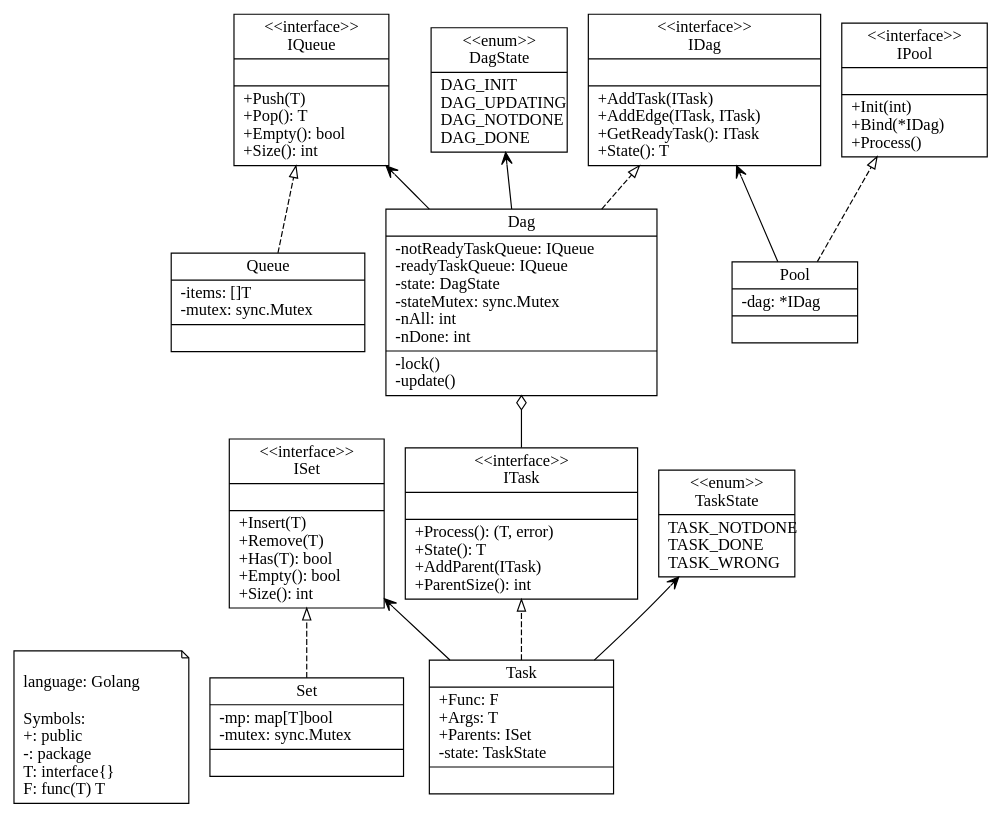
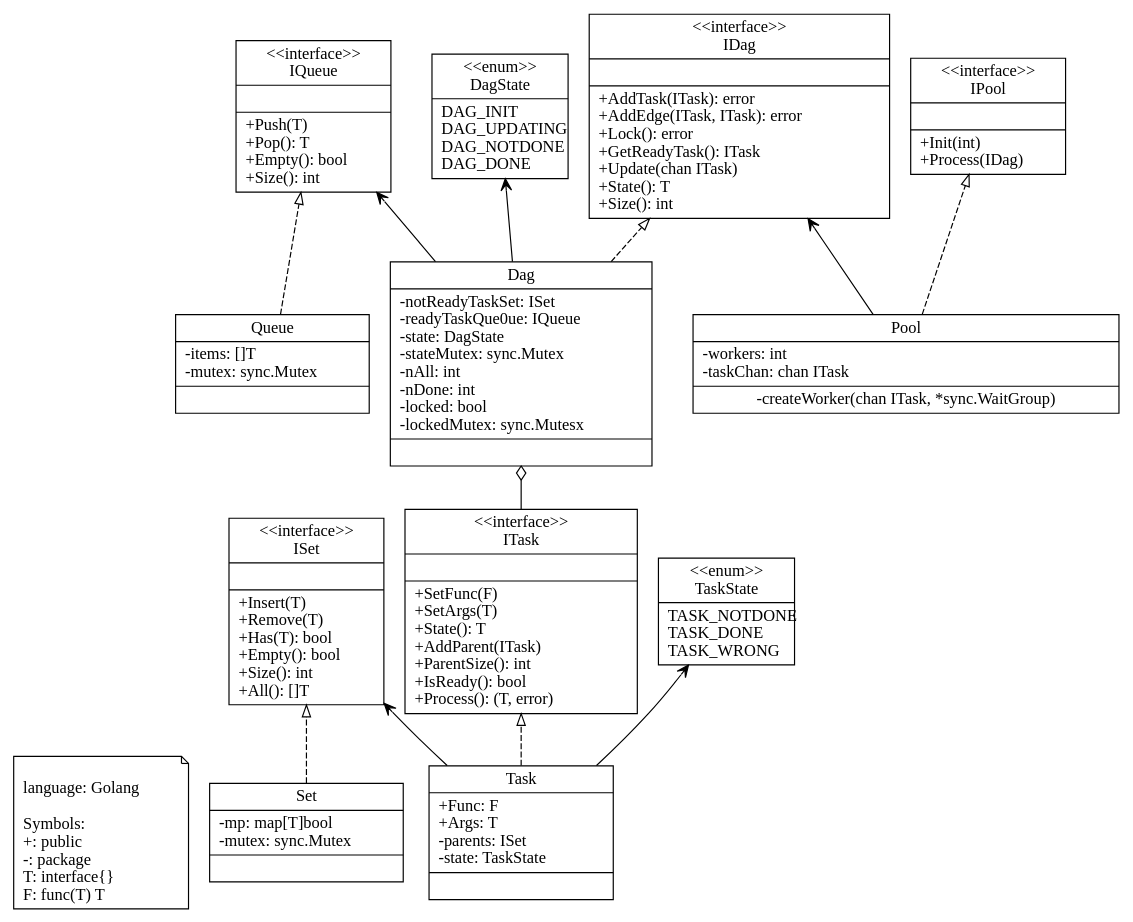
The diagram in stargo/stargo.dot (lightjameslyy/uml), drawn with Graphviz before and after one commit. The commit also changed 1 other file, not shown here.

Commit message:
update stargo class diagram, add stargo dag demo: dag1

```diff
--- a/stargo/stargo.dot
+++ b/stargo/stargo.dot
@@ -1,98 +1,98 @@
 digraph stargo {
     rankdir=BT
 
-    graph [fontname = "Consolas"];
-    node [fontname = "Consolas"];
-    edge [fontname = "Consolas"];
+    graph [fontname = "Inconsolata"];
+    node [fontname = "Inconsolata"];
+    edge [fontname = "Inconsolata"];
 
     node [
         shape = "note"
     ]
 
     note01 [
         label = "\llanguage: Golang\l\lSymbols:\l+: public\l-: package\lT: interface{}\lF: func(T) T\l"
     ]
 
     node [
         shape = "record"
     ]
 
     IQueue [
         label = "{\<\<interface\>\>\nIQueue||+Push(T)\l+Pop(): T\l+Empty(): bool\l+Size(): int\l}"
     ]
 
     ISet [
-        label = "{\<\<interface\>\>\nISet||+Insert(T)\l+Remove(T)\l+Has(T): bool\l+Empty(): bool\l+Size(): int\l}"
+        label = "{\<\<interface\>\>\nISet||+Insert(T)\l+Remove(T)\l+Has(T): bool\l+Empty(): bool\l+Size(): int\l+All(): []T\l}"
     ]
 
     ITask [
-        label = "{\<\<interface\>\>\nITask||+Process(): (T, error)\l+State(): T\l+AddParent(ITask)\l+ParentSize(): int\l}"
+        label = "{\<\<interface\>\>\nITask||+SetFunc(F)\l+SetArgs(T)\l+State(): T\l+AddParent(ITask)\l+ParentSize(): int\l+IsReady(): bool\l+Process(): (T, error)\l}"
     ]
 
     IDag [
-        label = "{\<\<interface\>\>\nIDag||+AddTask(ITask)\l+AddEdge(ITask, ITask)\l+GetReadyTask(): ITask\l+State(): T\l}"
+        label = "{\<\<interface\>\>\nIDag||+AddTask(ITask): error\l+AddEdge(ITask, ITask): error\l+Lock(): error\l+GetReadyTask(): ITask\l+Update(chan ITask)\l+State(): T\l+Size(): int\l}"
     ]
 
     IPool [
-        label = "{\<\<interface\>\>\nIPool||+Init(int)\l+Bind(*IDag)\l+Process()\l}"
+        label = "{\<\<interface\>\>\nIPool||+Init(int)\l+Process(IDag)\l}"
     ]
 
     Queue [
         label = "{Queue|-items: []T\l-mutex: sync.Mutex\l|}"
     ]
 
     Set [
         label = "{Set|-mp: map[T]bool\l-mutex: sync.Mutex\l|}"
     ]
 
     Task [
-        label = "{Task|+Func: F\l+Args: T\l+Parents: ISet\l-state: TaskState\l|}"
+        label = "{Task|+Func: F\l+Args: T\l-parents: ISet\l-state: TaskState\l|}"
     ]
 
     TaskState [
         label = "{\<\<enum\>\>\nTaskState\n|TASK_NOTDONE\lTASK_DONE\lTASK_WRONG\l}"
     ]
 
     Dag [
-        label = "{Dag|-notReadyTaskQueue: IQueue\l-readyTaskQueue: IQueue\l-state: DagState\l-stateMutex: sync.Mutex\l-nAll: int\l-nDone: int\l|-lock()\l-update()\l}"
+        label = "{Dag|-notReadyTaskSet: ISet\l-readyTaskQue0ue: IQueue\l-state: DagState\l-stateMutex: sync.Mutex\l-nAll: int\l-nDone: int\l-locked: bool\l-lockedMutex: sync.Mutesx\l|}"
     ]
 
     DagState [
         label = "{\<\<enum\>\>\nDagState\n|DAG_INIT\lDAG_UPDATING\lDAG_NOTDONE\lDAG_DONE\l}"
     ]
 
     Pool [
-        label = "{Pool|-dag: *IDag\l|}"
+        label = "{Pool|-workers: int\l-taskChan: chan ITask\l|-createWorker(chan ITask, *sync.WaitGroup)}"
     ]
 
     edge [
         style=dashed 
         arrowhead=empty
     ]
 
     Queue -> IQueue
     Set -> ISet
     Task -> ITask 
     Dag -> IDag 
     Pool -> IPool
 
     edge [
         style=solid
         arrowhead=vee
     ]
 
     Task -> ISet
     Task -> TaskState
     Dag -> IQueue
     Dag -> DagState
     Pool -> IDag 
 
     edge [
         style=solid
         arrowhead=odiamond
     ]
 
     ITask -> Dag
 
 
 }
```
